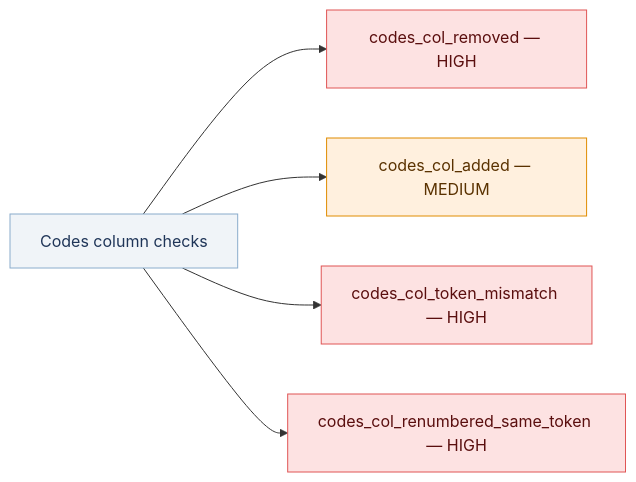
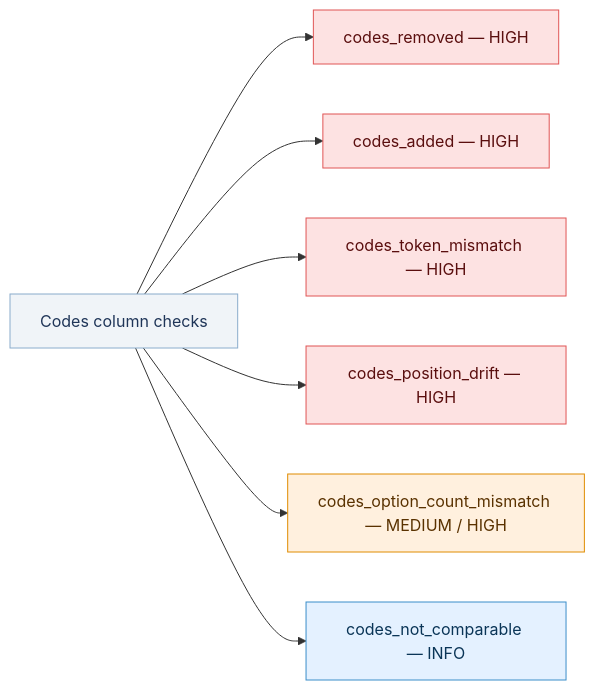
Diagram 11 of 11 in docs/workflow/geopoll-logic.md (edoardoforzano1/DIEM_Questionnaire_Validation), drawn with Mermaid before and after one commit. The commit also changed other lines of this file and 5 other files, not shown here.

````diff
--- a/docs/workflow/geopoll-logic.md
+++ b/docs/workflow/geopoll-logic.md
@@ -702,14 +758,18 @@
 ```mermaid
 flowchart LR
     CC["Codes column checks"]
-    CC --> E["codes_col_removed — HIGH"]
-    CC --> F["codes_col_added — MEDIUM"]
-    CC --> G["codes_col_token_mismatch — HIGH"]
-    CC --> H["codes_col_renumbered_same_token — HIGH"]
+    CC --> E["codes_removed — HIGH"]
+    CC --> F["codes_added — HIGH"]
+    CC --> G["codes_token_mismatch — HIGH"]
+    CC --> H["codes_position_drift — HIGH"]
+    CC --> I["codes_option_count_mismatch — MEDIUM / HIGH"]
+    CC --> J["codes_not_comparable — INFO"]
 
     style CC fill:#f0f4f8,stroke:#8aaccc,color:#1f3558
     style E  fill:#fde2e2,stroke:#e05555,color:#5a0e0e
-    style F  fill:#fff0de,stroke:#e08c00,color:#5a3200
+    style F  fill:#fde2e2,stroke:#e05555,color:#5a0e0e
     style G  fill:#fde2e2,stroke:#e05555,color:#5a0e0e
     style H  fill:#fde2e2,stroke:#e05555,color:#5a0e0e
+    style I  fill:#fff0de,stroke:#e08c00,color:#5a3200
+    style J  fill:#e4f1ff,stroke:#3a8ec9,color:#0a3557
 ```
````
